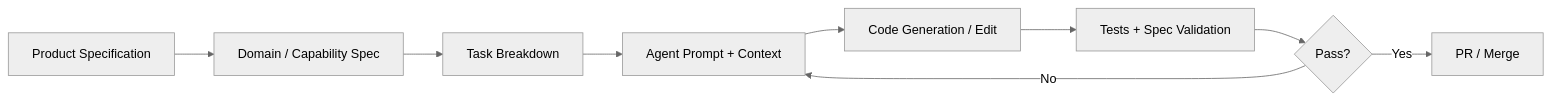
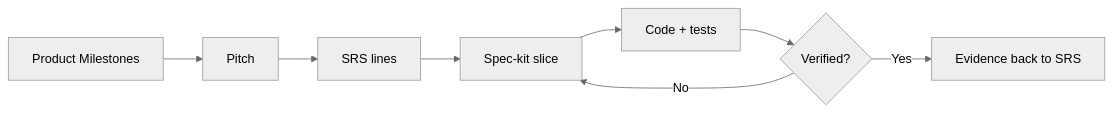
One commit to d-dragon/dp-stock-investment-assistant changed the eighth of 8 diagrams in docs/system/PRODUCT_SPECIFICATION.md. Above: the diagram before and after it, drawn with Mermaid (neutral theme). The commit also changed other lines of this file and 11 other files, not shown here.

First line of the commit message:
docs(sdd): route product deliveries through milestones and pitches

````diff
--- a/docs/system/PRODUCT_SPECIFICATION.md
+++ b/docs/system/PRODUCT_SPECIFICATION.md
@@ -722,11 +727,10 @@
 ```mermaid
 flowchart LR
-    A[Product Specification] --> B[Domain / Capability Spec]
-    B --> C[Task Breakdown]
-    C --> D[Agent Prompt + Context]
-    D --> E[Code Generation / Edit]
-    E --> F[Tests + Spec Validation]
-    F --> G{Pass?}
-    G -->|Yes| H[PR / Merge]
-    G -->|No| D
+    A[Product Milestones] --> B[Pitch]
+    B --> C[SRS lines]
+    C --> D[Spec-kit slice]
+    D --> E[Code + tests]
+    E --> F{Verified?}
+    F -->|Yes| G[Evidence back to SRS]
+    F -->|No| D
 ```
````
